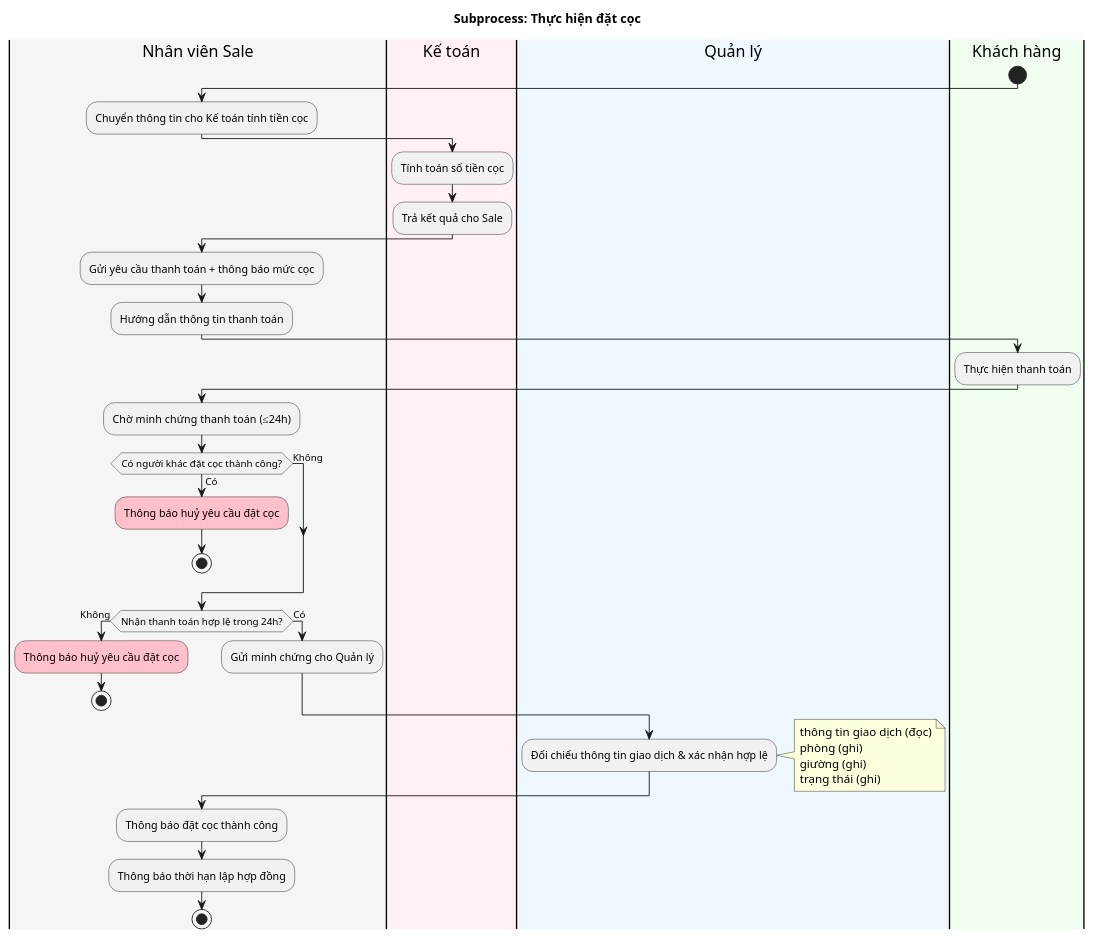
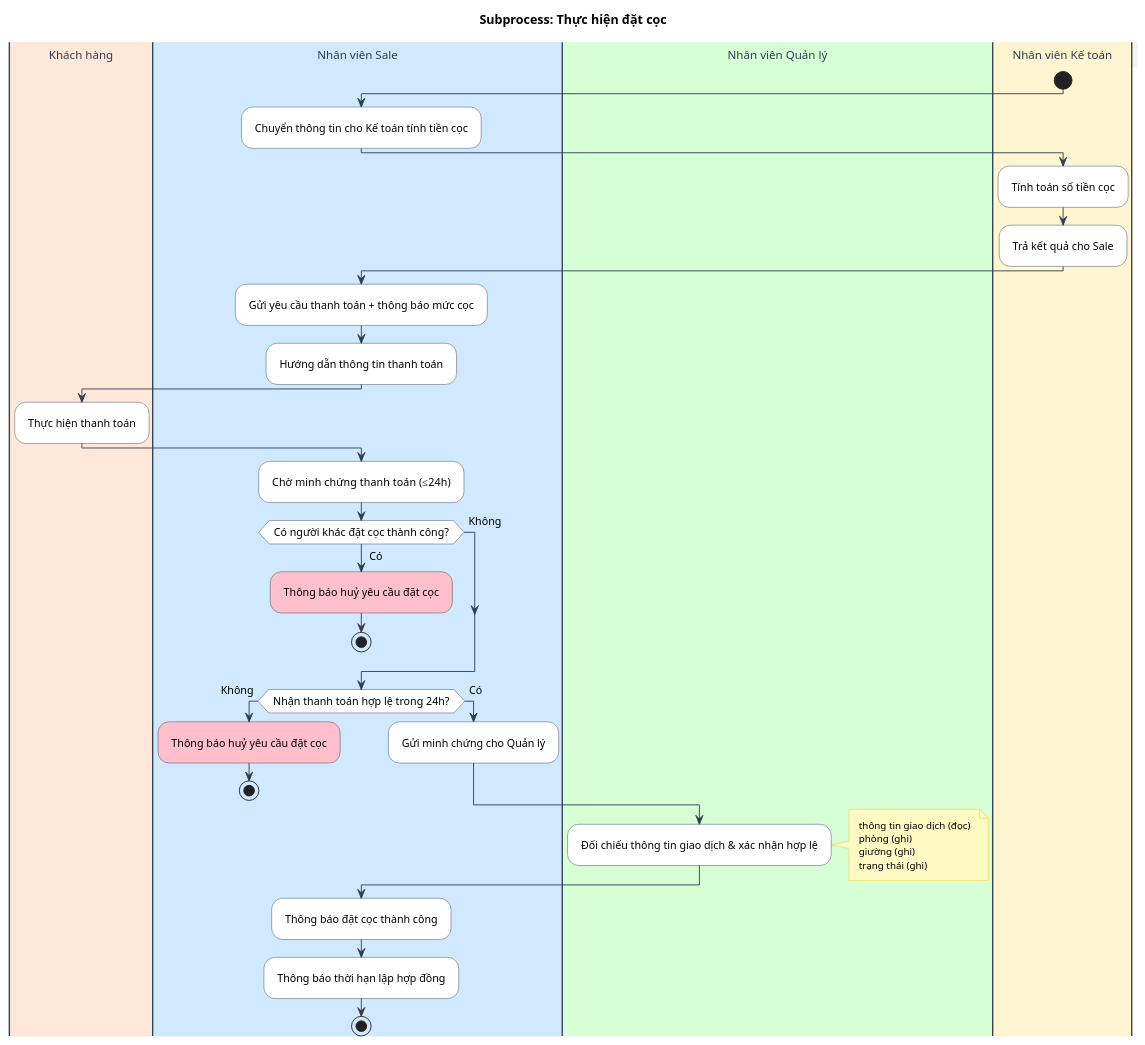
One commit to Gnourt812005/HCMUS-Analyze-and-desgin-IS changed the diagram in doc/business/activity/thuc_hien_dat_coc.wsd. Above: the diagram before and after it, drawn with PlantUML. The commit also changed 11 other files, not shown here.

```diff
--- a/doc/business/activity/thuc_hien_dat_coc.wsd
+++ b/doc/business/activity/thuc_hien_dat_coc.wsd
@@ -1,63 +1,86 @@
-@startuml
+@startuml ThucHienDatCoc
 title Subprocess: Thực hiện đặt cọc
 
-|#WhiteSmoke|Nhân viên Sale|
-|#LavenderBlush|Kế toán|
-|#AliceBlue|Quản lý|
-|#HoneyDew|Khách hàng|
+' --- STYLE CONFIGURATION ---
+skinparam {
+    ActivityBackgroundColor White
+    ActivityBorderColor #2D3E50
+    ArrowColor #2D3E50
+    DefaultFontName "Arial"
+    DefaultFontSize 12
+    Padding 5
+
+    ' Swimlane styling
+    SwimlaneBorderColor #2D3E50
+    SwimlaneTitleBackgroundColor #F1F3F5
+    SwimlaneTitleFontSize 13
+    SwimlaneTitleFontColor #2D3E50
+    
+    ' Note styling
+    NoteBackgroundColor #FFF9C4
+    NoteBorderColor #FBC02D
+    NoteFontSize 11
+}
+
+' --- SWIMLANES ---
+|#FFE7D9|Khách hàng|
+|#D1E9FF|Nhân viên Sale|
+|#D6FFD6|Nhân viên Quản lý|
+|#FFF5D1|Nhân viên Kế toán|
+
 
 start
 
 |Nhân viên Sale|
 :Chuyển thông tin cho Kế toán tính tiền cọc;
 
-|Kế toán|
+|Nhân viên Kế toán|
 :Tính toán số tiền cọc;
 :Trả kết quả cho Sale;
 
 |Nhân viên Sale|
 :Gửi yêu cầu thanh toán + thông báo mức cọc;
 :Hướng dẫn thông tin thanh toán;
 
 |Khách hàng|
 :Thực hiện thanh toán;
 
 |Nhân viên Sale|
 :Chờ minh chứng thanh toán (≤24h);
 
 if (Có người khác đặt cọc thành công?) then (Có)
 
 #Pink:Thông báo huỷ yêu cầu đặt cọc;
 stop
 
 else (Không)
 endif
 
 |Nhân viên Sale|
 
 if (Nhận thanh toán hợp lệ trong 24h?) then (Không)
 
 #Pink:Thông báo huỷ yêu cầu đặt cọc;
 stop
 
 else (Có)
 
 :Gửi minh chứng cho Quản lý;
 
 endif
 
-|Quản lý|
+|Nhân viên Quản lý|
 :Đối chiếu thông tin giao dịch & xác nhận hợp lệ;
 note right
     thông tin giao dịch (đọc)
     phòng (ghi)
     giường (ghi)
     trạng thái (ghi)
 end note
 
 |Nhân viên Sale|
 :Thông báo đặt cọc thành công;
 :Thông báo thời hạn lập hợp đồng;
 
 stop
 @enduml
```
